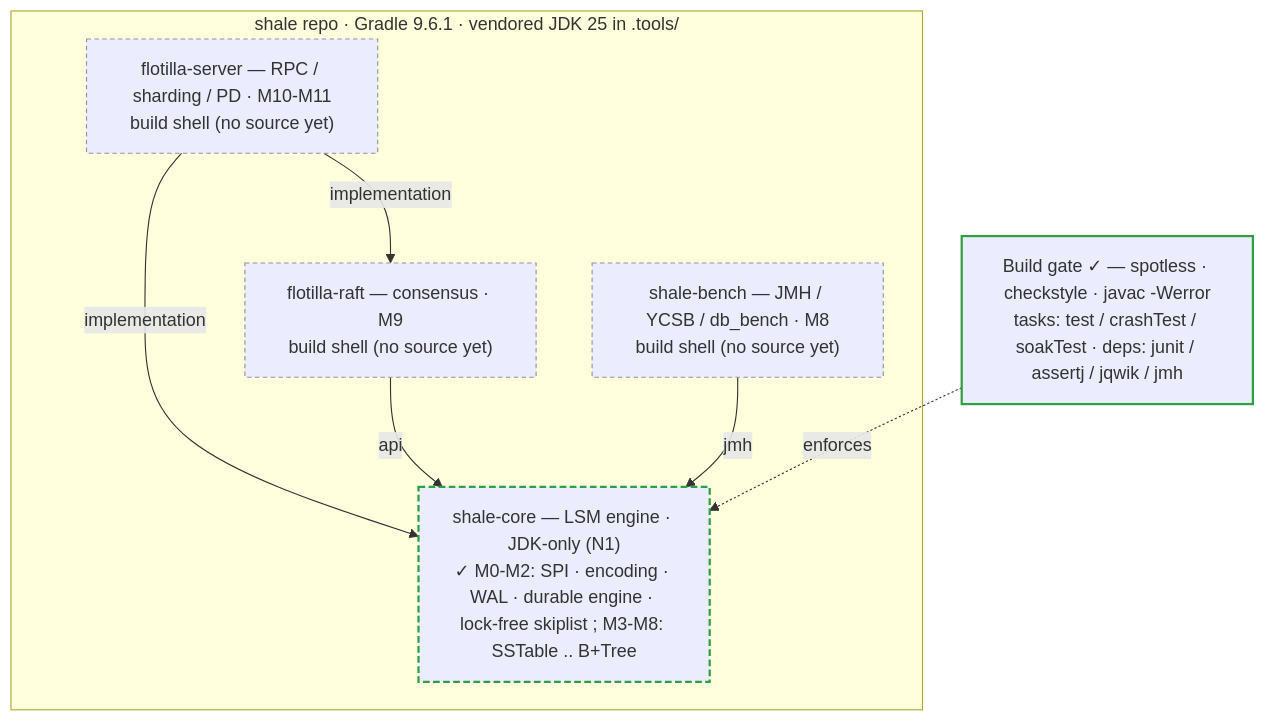
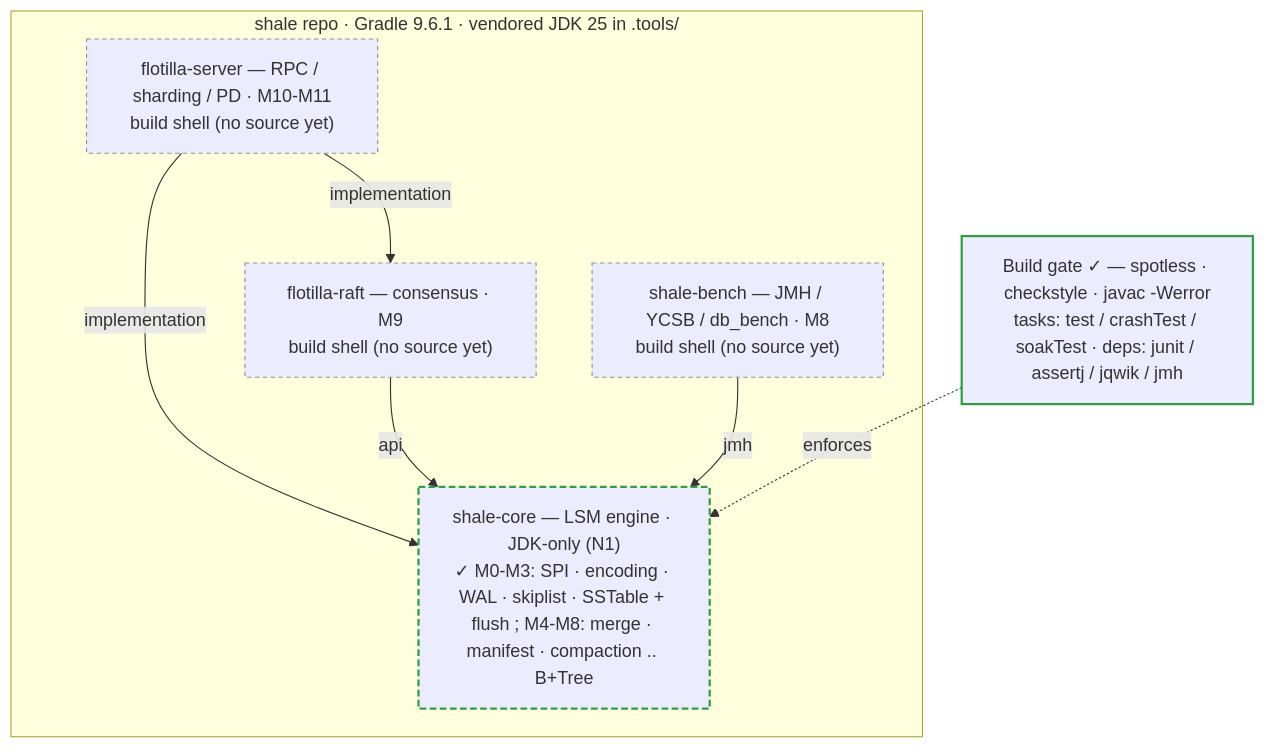
The first of 4 diagrams in README.md (rahul-j0shi/shale), drawn with Mermaid before and after one commit. The commit also changed other lines of this file and 1 other file, not shown here.

First line of the commit message:
docs(docs): M3 release note and README status/diagram update

````diff
--- a/README.md
+++ b/README.md
@@ -72,19 +74,19 @@
 ```mermaid
 flowchart TB
   subgraph repo["shale repo · Gradle 9.6.1 · vendored JDK 25 in .tools/"]
-    core["shale-core — LSM engine · JDK-only (N1)<br/>✓ M0-M2: SPI · encoding · WAL · durable engine · lock-free skiplist ; M3-M8: SSTable .. B+Tree"]:::part
+    core["shale-core — LSM engine · JDK-only (N1)<br/>✓ M0-M3: SPI · encoding · WAL · skiplist · SSTable + flush ; M4-M8: merge · manifest · compaction .. B+Tree"]:::part
     bench["shale-bench — JMH / YCSB / db_bench · M8<br/>build shell (no source yet)"]:::plan
     raft["flotilla-raft — consensus · M9<br/>build shell (no source yet)"]:::plan
     server["flotilla-server — RPC / sharding / PD · M10-M11<br/>build shell (no source yet)"]:::plan
   end
   server -->|implementation| raft
   server -->|implementation| core
   raft -->|api| core
   bench -->|jmh| core
   gate["Build gate ✓ — spotless · checkstyle · javac -Werror<br/>tasks: test / crashTest / soakTest · deps: junit / assertj / jqwik / jmh"]:::done
   gate -. enforces .-> core
 
   classDef done stroke:#2ea043,stroke-width:2px;
   classDef part stroke:#2ea043,stroke-width:2px,stroke-dasharray:6 3;
   classDef plan stroke:#8b949e,stroke-width:1px,stroke-dasharray:4 3;
 ```
````
